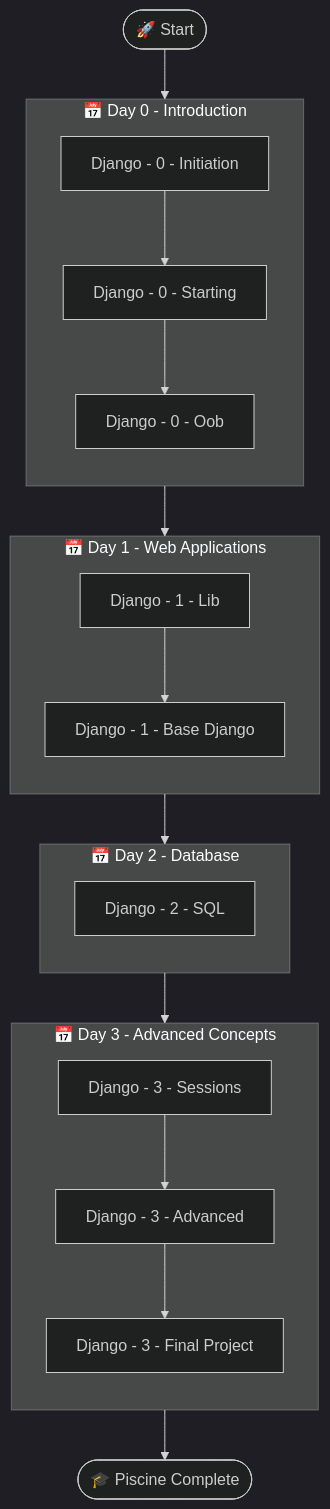
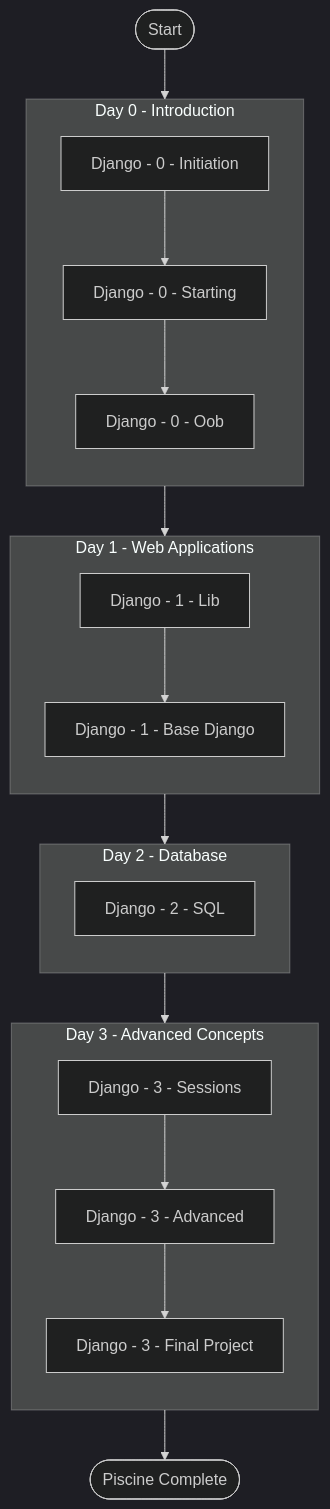
One commit to elel-m-b/Piscine-Django changed the diagram in README.md. Above: the diagram before and after it, drawn with Mermaid (dark theme).

````diff
--- a/README.md
+++ b/README.md
@@ -8,46 +8,46 @@
 ```mermaid
 flowchart TB
 
-    START([🚀 Start])
+    START([Start])
 
     START --> DAY0
 
-    subgraph DAY0["📅 Day 0 - Introduction"]
+    subgraph DAY0["Day 0 - Introduction"]
         direction TB
         D00["Django - 0 - Initiation"]
         D01["Django - 0 - Starting"]
         D02["Django - 0 - Oob"]
 
         D00 --> D01 --> D02
     end
 
     DAY0 --> DAY1
 
-    subgraph DAY1["📅 Day 1 - Web Applications"]
+    subgraph DAY1["Day 1 - Web Applications"]
         direction TB
         D10["Django - 1 - Lib"]
         D11["Django - 1 - Base Django"]
 
         D10 --> D11
     end
 
     DAY1 --> DAY2
 
-    subgraph DAY2["📅 Day 2 - Database"]
+    subgraph DAY2["Day 2 - Database"]
         direction TB
         D20["Django - 2 - SQL"]
     end
 
     DAY2 --> DAY3
 
-    subgraph DAY3["📅 Day 3 - Advanced Concepts"]
+    subgraph DAY3["Day 3 - Advanced Concepts"]
         direction TB
         D30["Django - 3 - Sessions"]
         D31["Django - 3 - Advanced"]
         D32["Django - 3 - Final Project"]
 
         D30 --> D31 --> D32
     end
 
-    DAY3 --> END([🎓 Piscine Complete])
+    DAY3 --> END([Piscine Complete])
 ```
````
